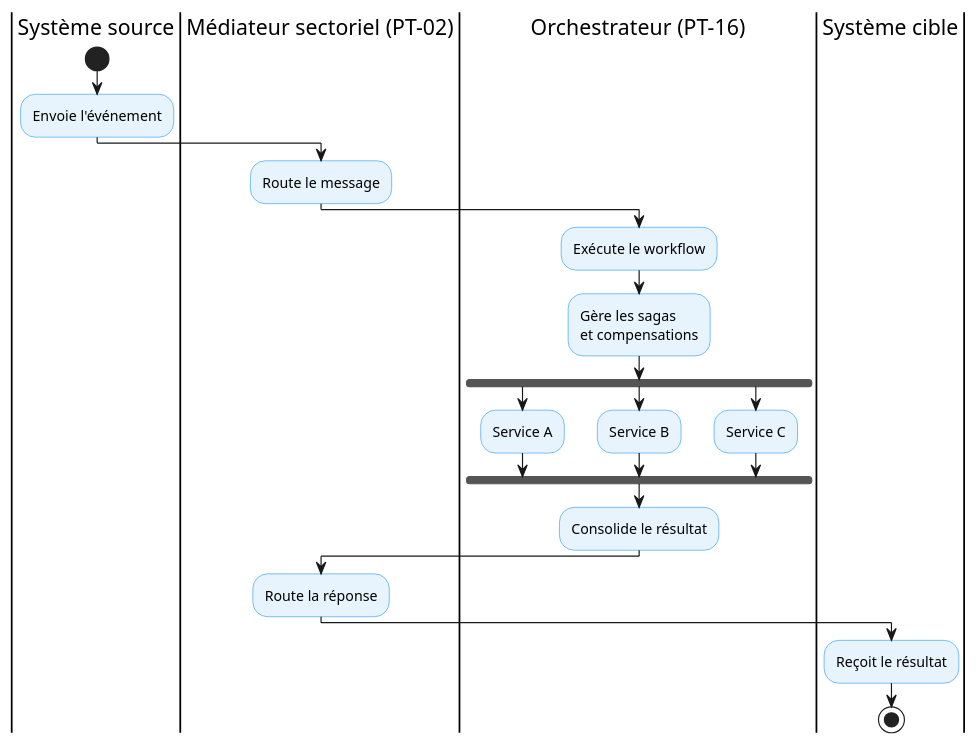
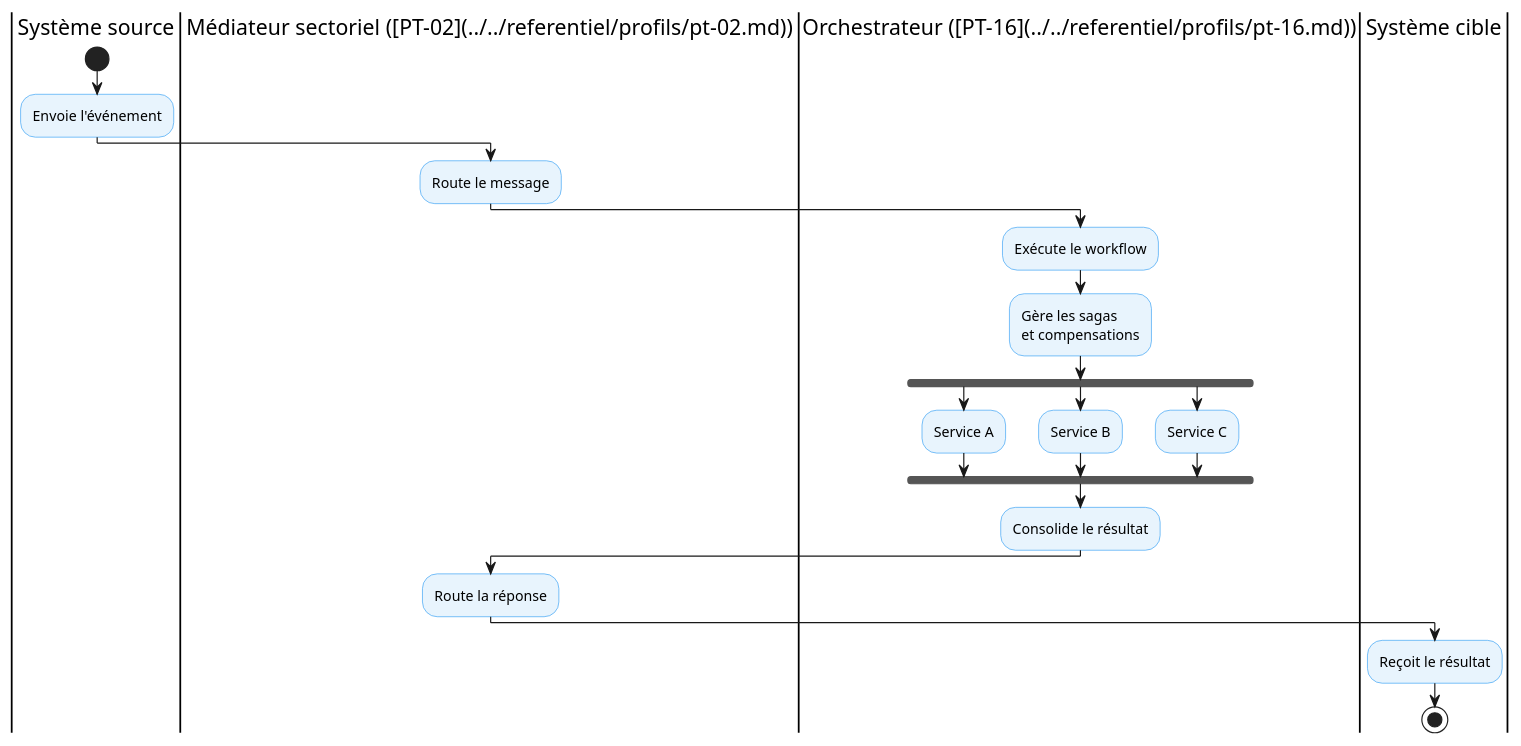
Before and after one commit to Data-Fi-Madagascar/health-enterprise-architecture: the diagram in 03_ptisn/03_profils/pt-16-orchestration-processus.md, drawn with PlantUML. The commit also changed other lines of this file and 335 other files, not shown here.

````diff
--- a/03_ptisn/03_profils/pt-16-orchestration-processus.md
+++ b/03_ptisn/03_profils/pt-16-orchestration-processus.md
@@ -74,39 +113,39 @@
 ```plantuml
 @startuml
 skinparam activity {
   BackgroundColor #E8F4FD
   BorderColor #2196F3
 }
 
 |Système source|
 start
 :Envoie l'événement;
 
-|Médiateur sectoriel (PT-02)|
+|Médiateur sectoriel ([PT-02](../../referentiel/profils/pt-02.md))|
 :Route le message;
 
-|Orchestrateur (PT-16)|
+|Orchestrateur ([PT-16](../../referentiel/profils/pt-16.md))|
 :Exécute le workflow;
 :Gère les sagas
 et compensations;
 
 fork
   :Service A;
 fork again
   :Service B;
 fork again
   :Service C;
 end fork
 
 :Consolide le résultat;
 
-|Médiateur sectoriel (PT-02)|
+|Médiateur sectoriel ([PT-02](../../referentiel/profils/pt-02.md))|
 :Route la réponse;
 
 |Système cible|
 :Reçoit le résultat;
 
 stop
 
 @enduml
 ```
````
